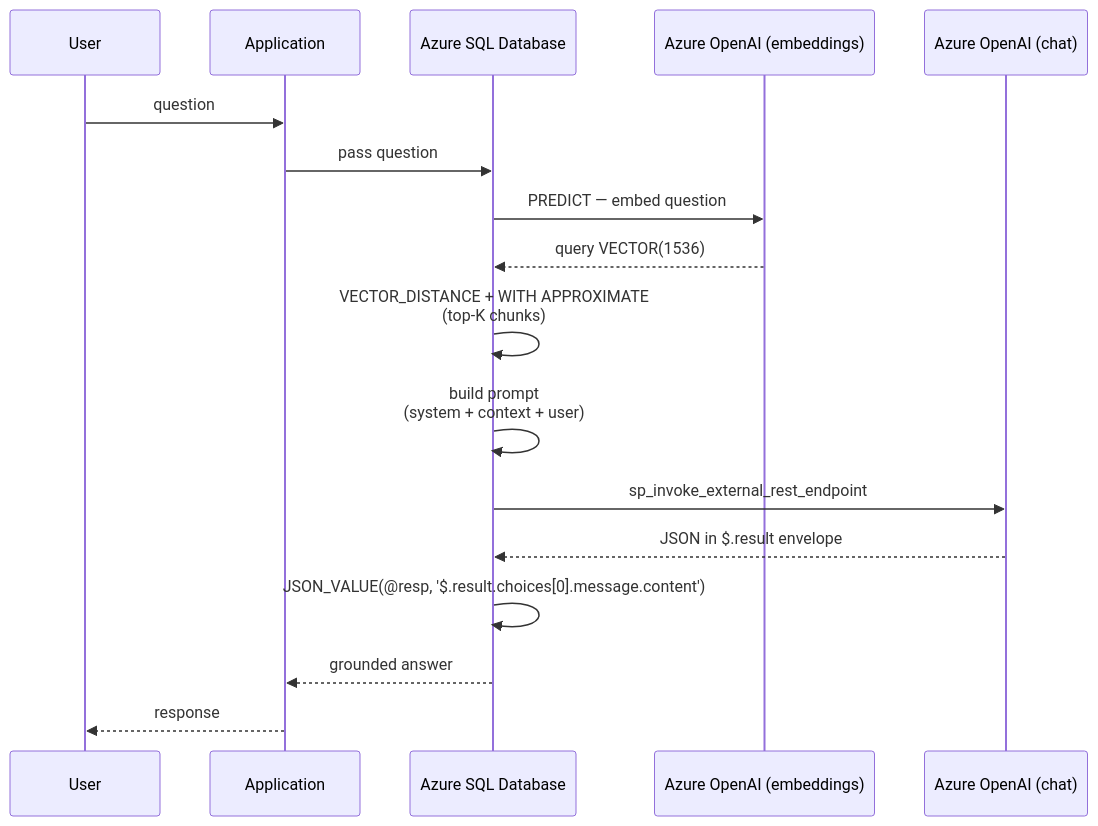
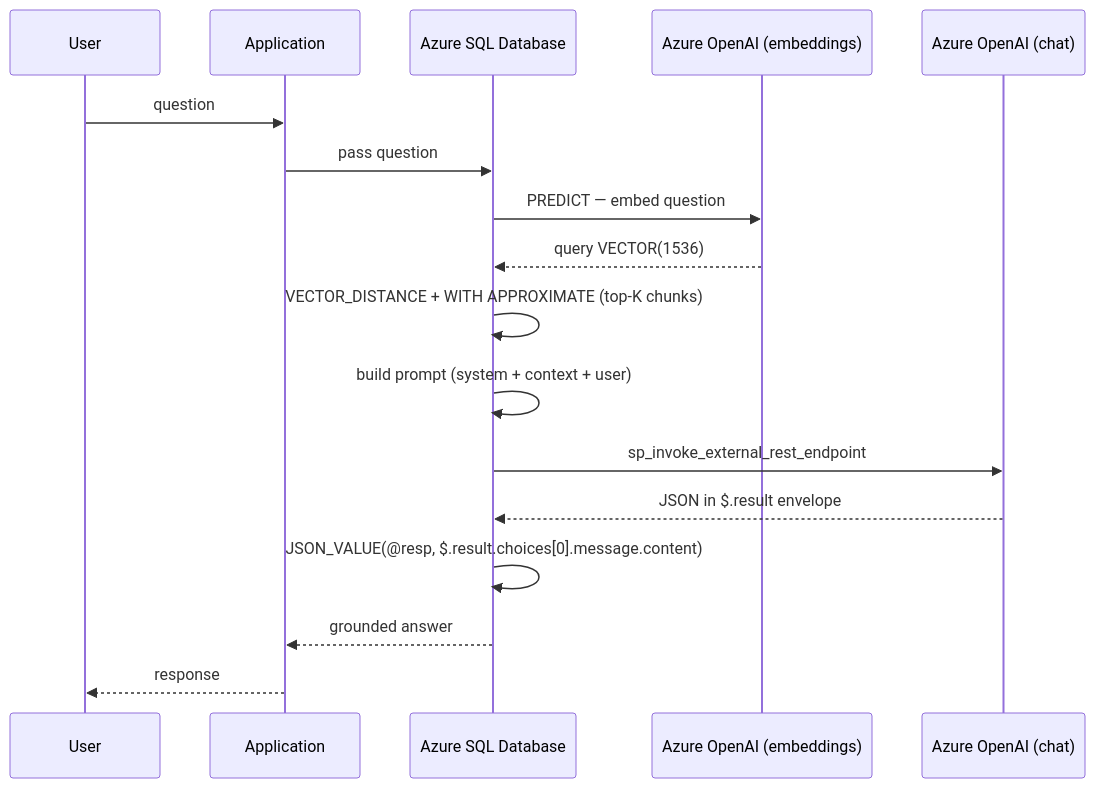
Before and after one commit to kengio/dp-800-study-guide: the diagram in certification/11-rag/01-rag-use-cases.md, drawn with Mermaid. The commit also changed other lines of this file and 6 other files, not shown here.

````diff
--- a/certification/11-rag/01-rag-use-cases.md
+++ b/certification/11-rag/01-rag-use-cases.md
@@ -16,20 +32,20 @@
 ```mermaid
 sequenceDiagram
     participant U as User
     participant App as Application
     participant DB as Azure SQL Database
     participant E as Azure OpenAI (embeddings)
     participant L as Azure OpenAI (chat)
 
     U->>App: question
     App->>DB: pass question
     DB->>E: PREDICT — embed question
     E-->>DB: query VECTOR(1536)
-    DB->>DB: VECTOR_DISTANCE + WITH APPROXIMATE<br/>(top-K chunks)
-    DB->>DB: build prompt<br/>(system + context + user)
+    DB->>DB: VECTOR_DISTANCE + WITH APPROXIMATE (top-K chunks)
+    DB->>DB: build prompt (system + context + user)
     DB->>L: sp_invoke_external_rest_endpoint
     L-->>DB: JSON in $.result envelope
-    DB->>DB: JSON_VALUE(@resp, '$.result.choices[0].message.content')
+    DB->>DB: JSON_VALUE(@resp, $.result.choices[0].message.content)
     DB-->>App: grounded answer
     App-->>U: response
 ```
````
